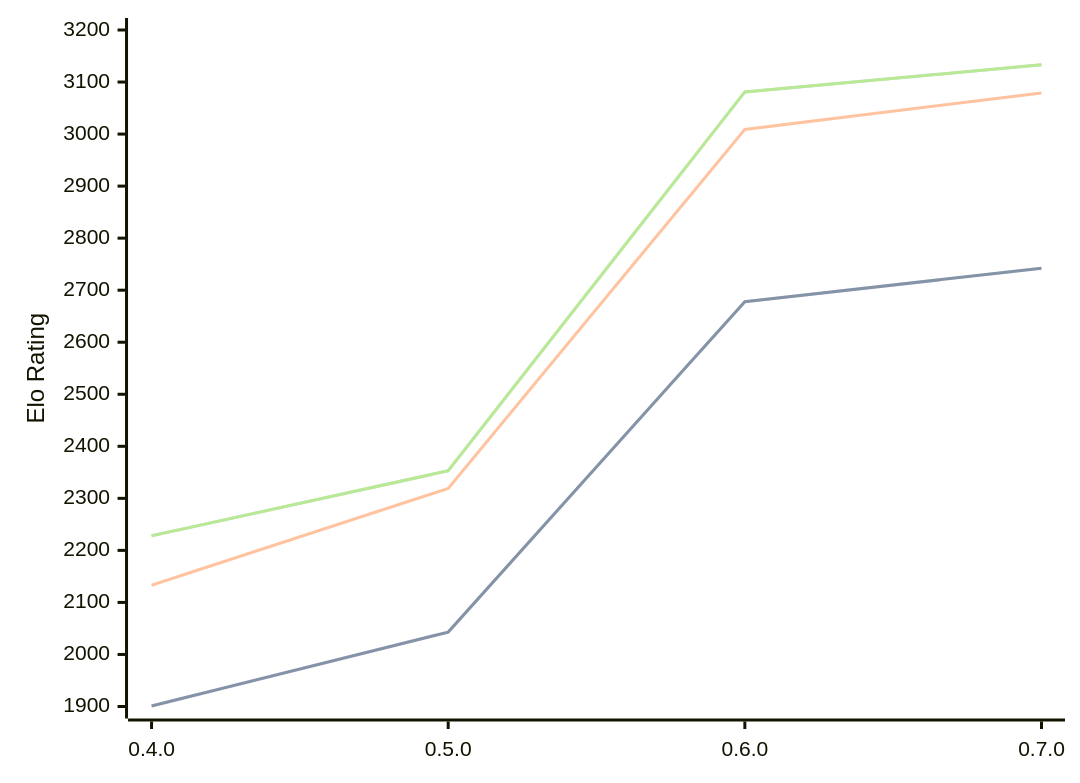
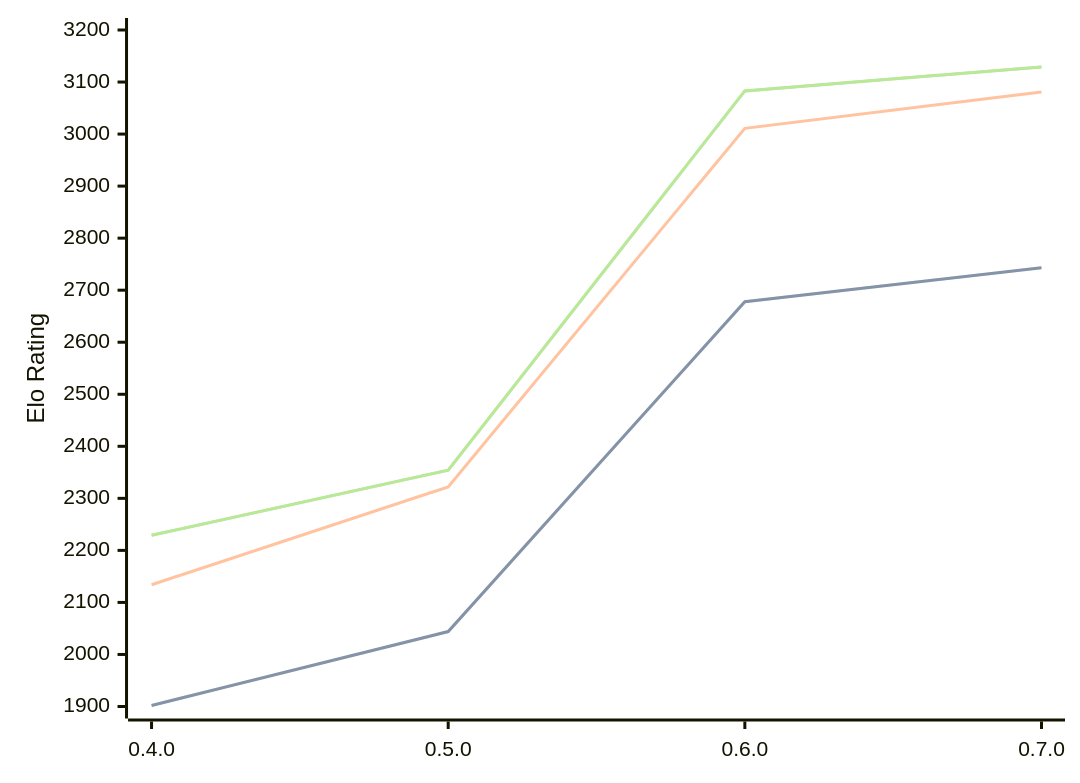
Before and after one commit to computer-chess-index/cci: the diagram in engines/AteNika.md, drawn with Mermaid. The commit also changed other lines of this file, not shown here.

Commit message:
Update CCI Ratings (ELO VLTC) - 2026-10-09

````diff
--- a/engines/AteNika.md
+++ b/engines/AteNika.md
@@ -34,11 +34,11 @@
 ```mermaid
 %%{init: {"theme":"base","themeVariables":{"seriesColors:['#a3a3a3','#222221','#faa371']}}}%%
 xychart-beta
   x-axis ["0.4.0", "0.5.0", "0.6.0", "0.7.0"]
   y-axis "Elo Rating" 1900 --> 3200
-  line "" [1901, 2043, 2678, 2742]
-  line "STC (8.0+0.08s)" [1901, 2043, 2678, 2742]
-  line "LTC (60.0+0.60s)" [2133, 2319, 3009, 3079]
-  line "" [2228, 2353, 3081, 3133]
-  line "VLTC (2m24s+1.12s)" [2228, 2353, 3081, 3133]
+  line "" [1902, 2044, 2678, 2743]
+  line "STC (8.0+0.08s)" [1902, 2044, 2678, 2743]
+  line "LTC (60.0+0.60s)" [2134, 2322, 3011, 3081]
+  line "" [2229, 2354, 3083, 3129]
+  line "VLTC (2m24s+1.12s)" [2229, 2354, 3083, 3129]
 ```
````
